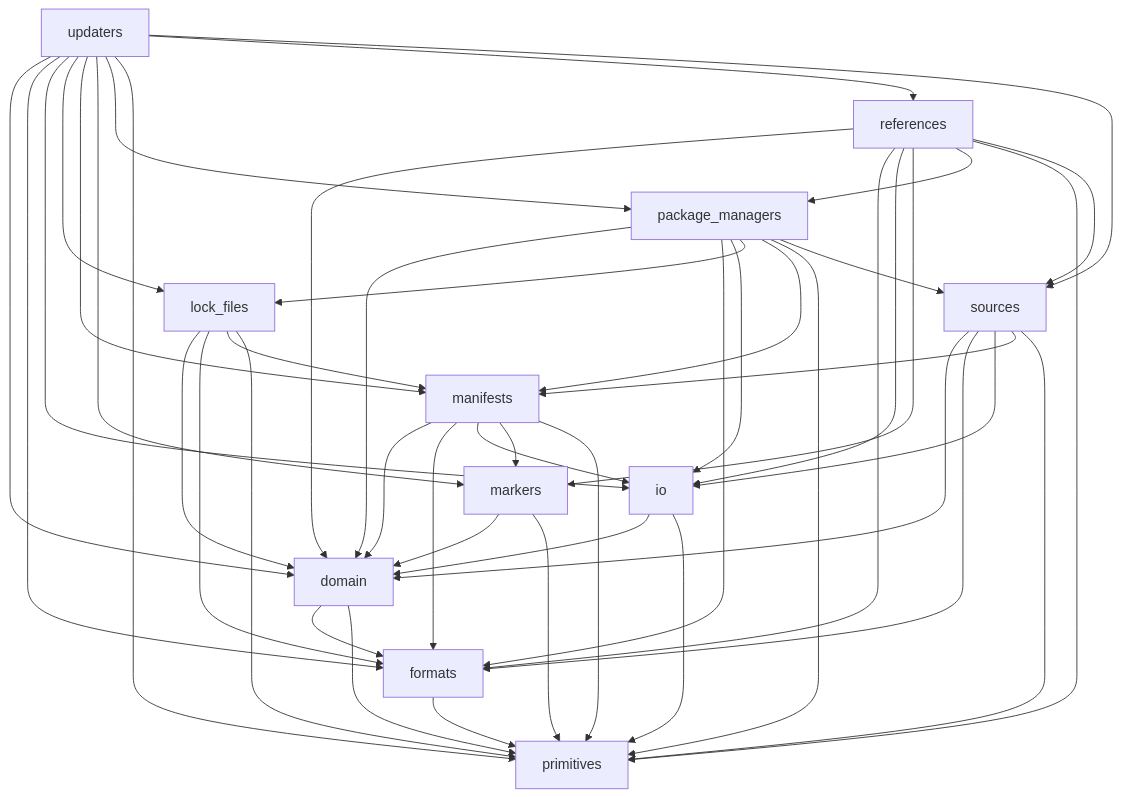
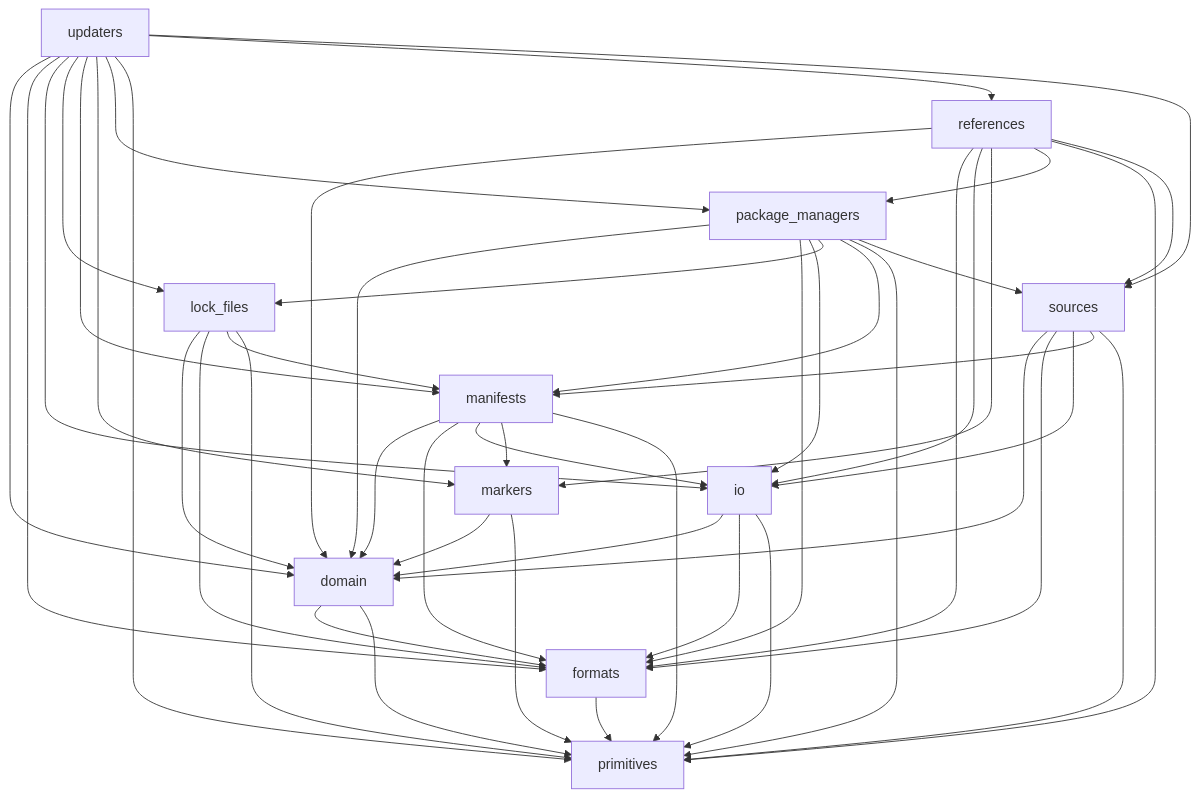
The diagram in docs/architecture.md (ICTU/update-time), drawn with Mermaid before and after one commit. The commit also changed 11 other files, not shown here.

````diff
--- a/docs/architecture.md
+++ b/docs/architecture.md
@@ -5,48 +5,49 @@
 ```mermaid
 flowchart TD
   domain --> formats
   domain --> primitives
   formats --> primitives
   io --> domain
+  io --> formats
   io --> primitives
   lock_files --> domain
   lock_files --> formats
   lock_files --> manifests
   lock_files --> primitives
   manifests --> domain
   manifests --> formats
   manifests --> io
   manifests --> markers
   manifests --> primitives
   markers --> domain
   markers --> primitives
   package_managers --> domain
   package_managers --> formats
   package_managers --> io
   package_managers --> lock_files
   package_managers --> manifests
   package_managers --> primitives
   package_managers --> sources
   references --> domain
   references --> formats
   references --> io
   references --> markers
   references --> package_managers
   references --> primitives
   references --> sources
   sources --> domain
   sources --> formats
   sources --> io
   sources --> manifests
   sources --> primitives
   updaters --> domain
   updaters --> formats
   updaters --> io
   updaters --> lock_files
   updaters --> manifests
   updaters --> markers
   updaters --> package_managers
   updaters --> primitives
   updaters --> references
   updaters --> sources
 ```
````
